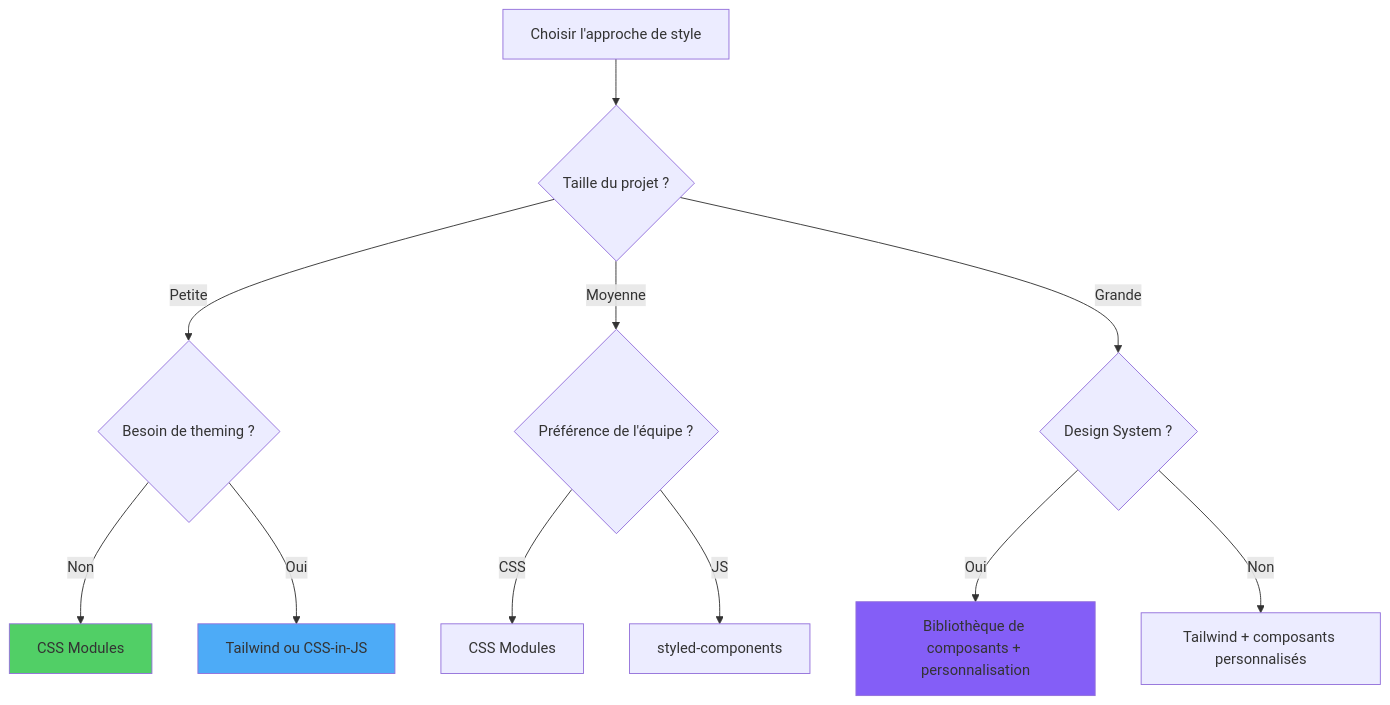
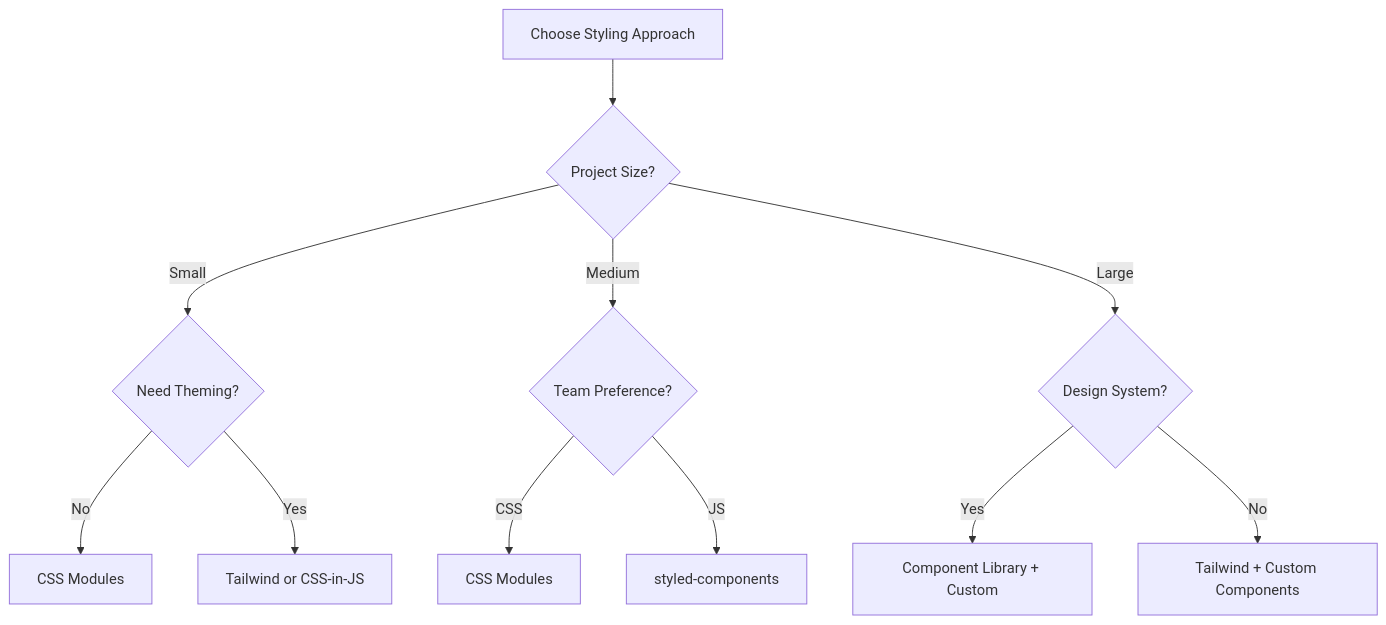
Before and after one commit to BabaScience/react-guides: the sixth of 6 diagrams in arguments/chapters/fr/04-react-styling.md, drawn with Mermaid. The commit also changed other lines of this file and 29 other files, not shown here.

First line of the commit message:
Bring React FR/IT translations to full English parity + theme-safe diagrams

````diff
--- a/arguments/chapters/fr/04-react-styling.md
+++ b/arguments/chapters/fr/04-react-styling.md
@@ -274,21 +2327,18 @@
 ```mermaid
 graph TD
-    A[Choisir l'approche de style] --> B{Taille du projet ?}
+    A[Choose Styling Approach] --> B{Project Size?}
     
-    B -->|Petite| C{Besoin de theming ?}
-    B -->|Moyenne| D{Préférence de l'équipe ?}
-    B -->|Grande| E{Design System ?}
+    B -->|Small| C{Need Theming?}
+    B -->|Medium| D{Team Preference?}
+    B -->|Large| E{Design System?}
     
-    C -->|Non| F[CSS Modules]
-    C -->|Oui| G[Tailwind ou CSS-in-JS]
+    C -->|No| F[CSS Modules]
+    C -->|Yes| G[Tailwind or CSS-in-JS]
     
     D -->|CSS| H[CSS Modules]
     D -->|JS| I[styled-components]
     
-    E -->|Oui| J[Bibliothèque de composants + personnalisation]
-    E -->|Non| K[Tailwind + composants personnalisés]
+    E -->|Yes| J[Component Library + Custom]
+    E -->|No| K[Tailwind + Custom Components]
     
-    style F fill:#51cf66
-    style G fill:#4dabf7
-    style J fill:#845ef7
 ```
````
